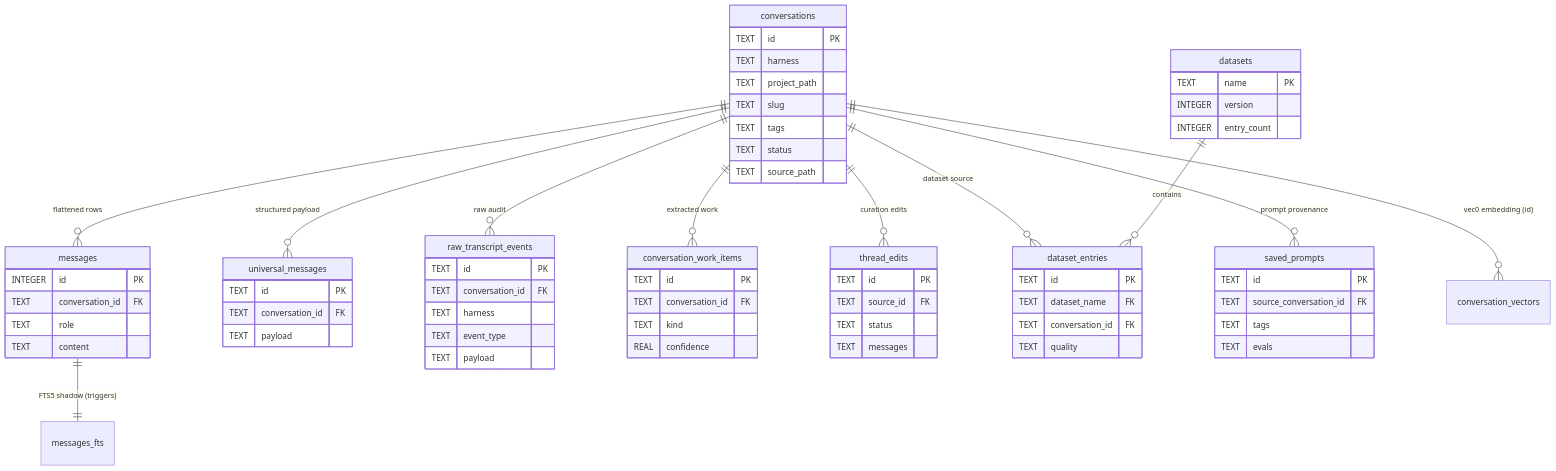
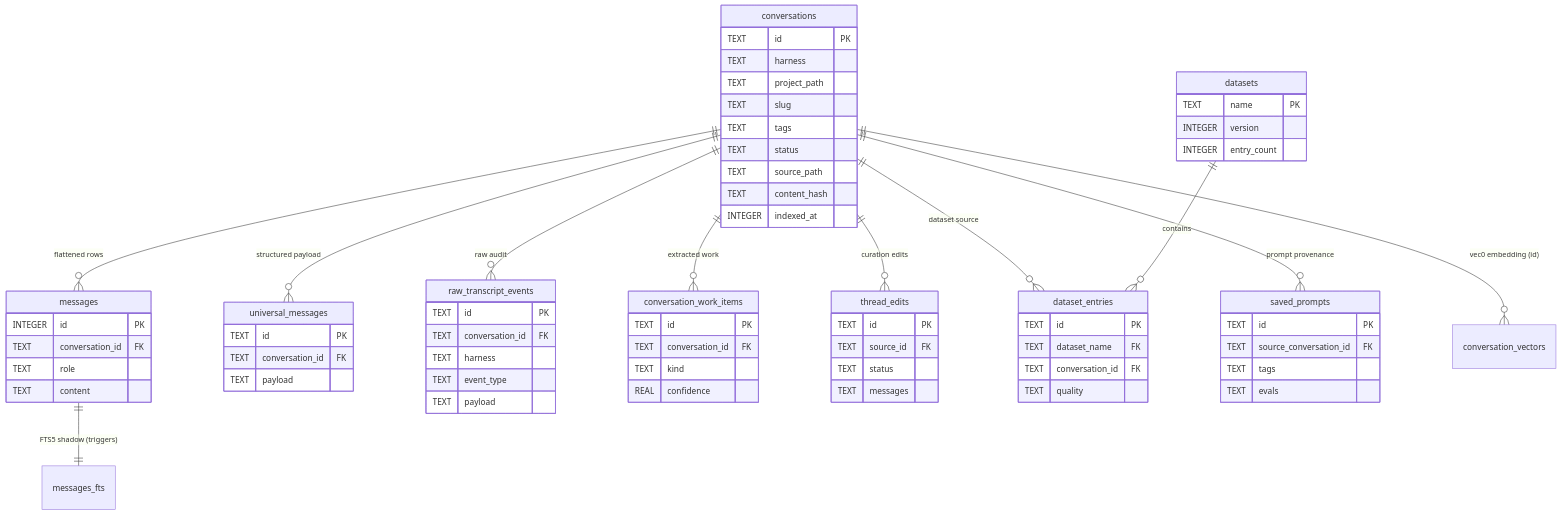
One commit to the-robot-lives/llm-toolkit changed the first of 2 diagrams in docs/PROJ-SCHEMA.md. Above: the diagram before and after it, drawn with Mermaid. The commit also changed other lines of this file and 9 other files, not shown here.

Commit message:
docs: doc-sweep 2026-10-26 (layout/arch/schema/threat-model)

````diff
--- a/docs/PROJ-SCHEMA.md
+++ b/docs/PROJ-SCHEMA.md
@@ -25,70 +25,72 @@
 ```mermaid
 erDiagram
     conversations ||--o{ messages : "flattened rows"
     conversations ||--o{ universal_messages : "structured payload"
     conversations ||--o{ raw_transcript_events : "raw audit"
     conversations ||--o{ conversation_work_items : "extracted work"
     conversations ||--o{ thread_edits : "curation edits"
     conversations ||--o{ dataset_entries : "dataset source"
     conversations ||--o{ saved_prompts : "prompt provenance"
     datasets ||--o{ dataset_entries : "contains"
     messages ||--|| messages_fts : "FTS5 shadow (triggers)"
     conversations ||--o{ conversation_vectors : "vec0 embedding (id)"
 
     conversations {
         TEXT id PK
         TEXT harness
         TEXT project_path
         TEXT slug
         TEXT tags
         TEXT status
         TEXT source_path
+        TEXT content_hash
+        INTEGER indexed_at
     }
     messages {
         INTEGER id PK
         TEXT conversation_id FK
         TEXT role
         TEXT content
     }
     universal_messages {
         TEXT id PK
         TEXT conversation_id FK
         TEXT payload
     }
     raw_transcript_events {
         TEXT id PK
         TEXT conversation_id FK
         TEXT harness
         TEXT event_type
         TEXT payload
     }
     conversation_work_items {
         TEXT id PK
         TEXT conversation_id FK
         TEXT kind
         REAL confidence
     }
     thread_edits {
         TEXT id PK
         TEXT source_id FK
         TEXT status
         TEXT messages
     }
     datasets {
         TEXT name PK
         INTEGER version
         INTEGER entry_count
     }
     dataset_entries {
         TEXT id PK
         TEXT dataset_name FK
         TEXT conversation_id FK
         TEXT quality
     }
     saved_prompts {
         TEXT id PK
         TEXT source_conversation_id FK
         TEXT tags
         TEXT evals
     }
 ```
````
